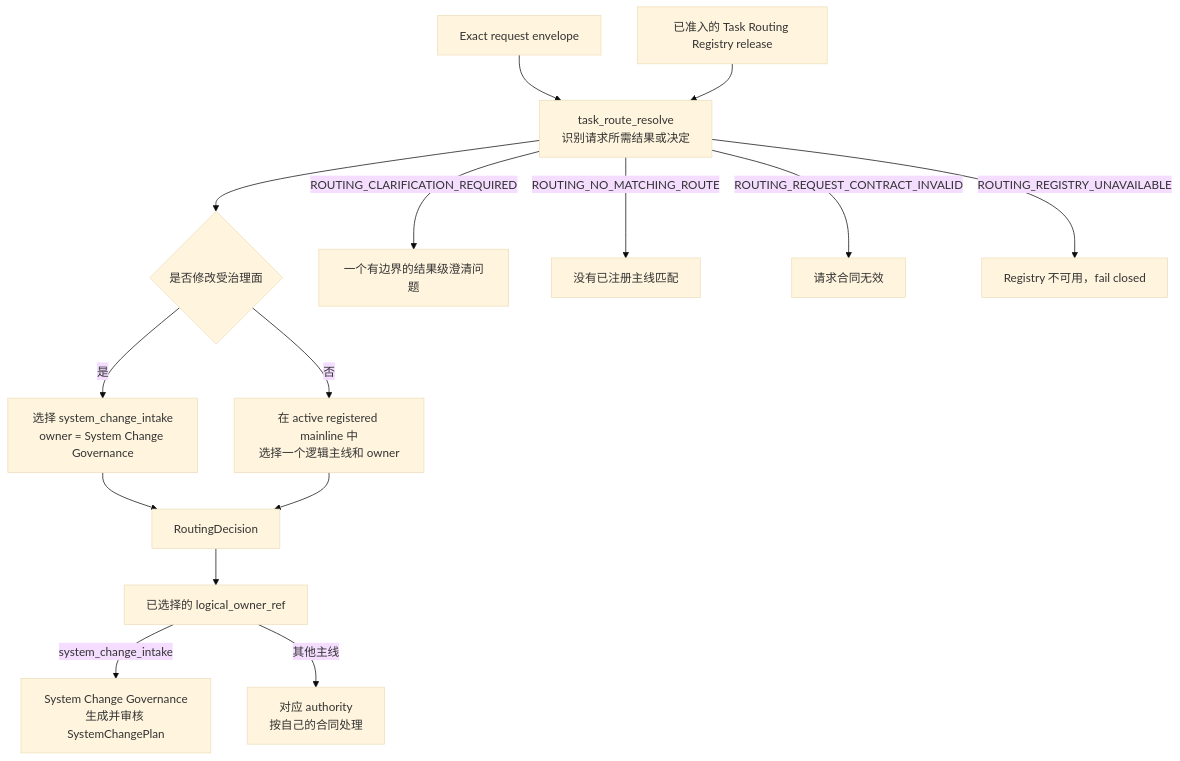
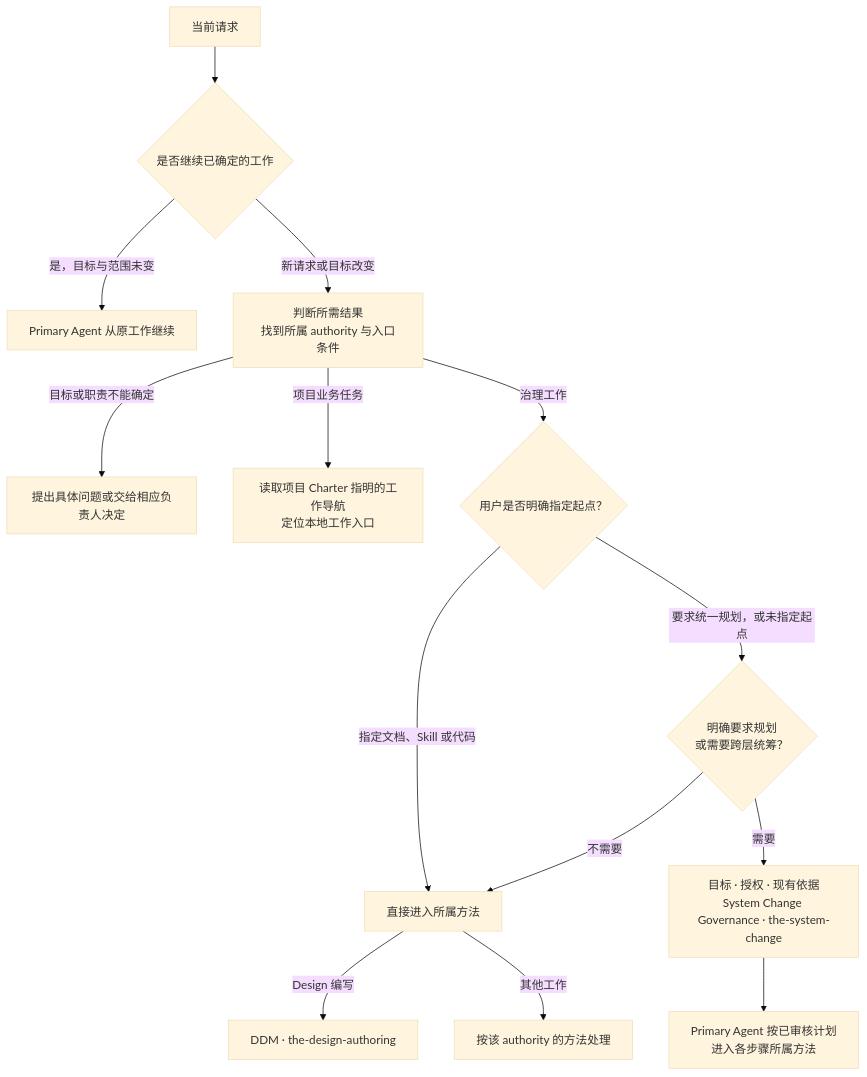
The diagram in 09_soul/governance/t0/the_task_routing.md (bobaoai/ai_project_management_framework), drawn with Mermaid (base theme) before and after one commit. The commit also changed other lines of this file and 195 other files, not shown here.

````diff
--- a/09_soul/governance/t0/the_task_routing.md
+++ b/09_soul/governance/t0/the_task_routing.md
@@ -71,17 +33,16 @@
 ```mermaid
 flowchart TD
-    R["Exact request envelope"] --> T["task_route_resolve<br/>识别请求所需结果或决定"]
-    G["已准入的 Task Routing Registry release"] --> T
-    T --> M{"是否修改受治理面"}
-    M -->|是| S["选择 system_change_intake<br/>owner = System Change Governance"]
-    M -->|否| L["在 active registered mainline 中<br/>选择一个逻辑主线和 owner"]
-    S --> D["RoutingDecision"]
-    L --> D
-    D --> O["已选择的 logical_owner_ref"]
-    O -->|system_change_intake| P["System Change Governance<br/>生成并审核 SystemChangePlan"]
-    O -->|其他主线| H["对应 authority<br/>按自己的合同处理"]
-    T -->|ROUTING_CLARIFICATION_REQUIRED| C["一个有边界的结果级澄清问题"]
-    T -->|ROUTING_NO_MATCHING_ROUTE| N["没有已注册主线匹配"]
-    T -->|ROUTING_REQUEST_CONTRACT_INVALID| I["请求合同无效"]
-    T -->|ROUTING_REGISTRY_UNAVAILABLE| U["Registry 不可用，fail closed"]
+    R["当前请求"] --> C{"是否继续已确定的工作"}
+    C -->|是，目标与范围未变| W["Primary Agent 从原工作继续"]
+    C -->|新请求或目标改变| I["判断所需结果<br/>找到所属 authority 与入口条件"]
+    I -->|目标或职责不能确定| Q["提出具体问题或交给相应负责人决定"]
+    I -->|项目业务任务| G["读取项目 Charter 指明的工作导航<br/>定位本地工作入口"]
+    I -->|治理工作| B{"用户是否明确指定起点？"}
+    B -->|指定文档、Skill 或代码| A["直接进入所属方法"]
+    B -->|要求统一规划，或未指定起点| P{"明确要求规划<br/>或需要跨层统筹？"}
+    P -->|需要| S["目标 · 授权 · 现有依据<br/>System Change Governance · the-system-change"]
+    S --> E["Primary Agent 按已审核计划<br/>进入各步骤所属方法"]
+    P -->|不需要| A
+    A -->|Design 编写| D["DDM · the-design-authoring"]
+    A -->|其他工作| O["按该 authority 的方法处理"]
 ```
````
